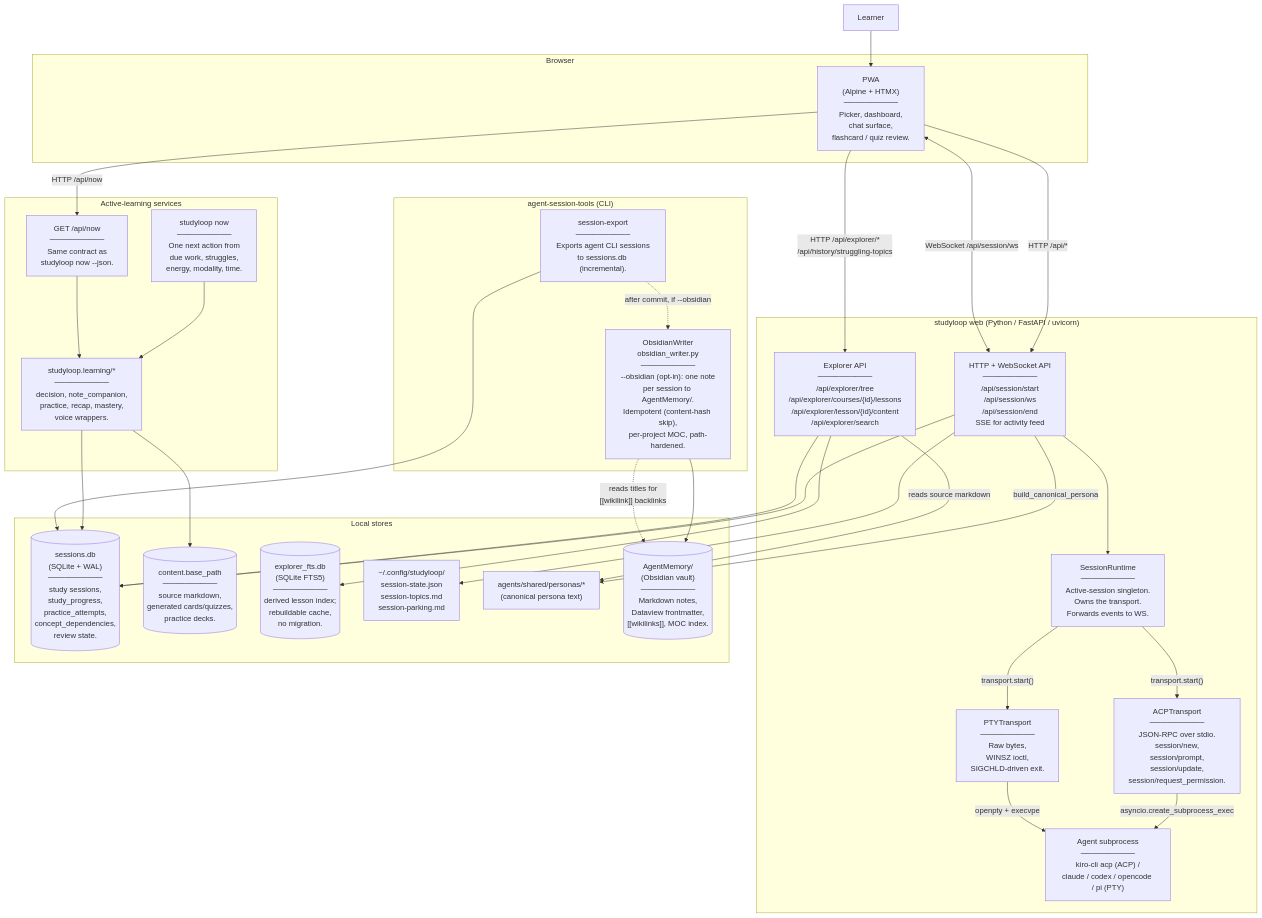
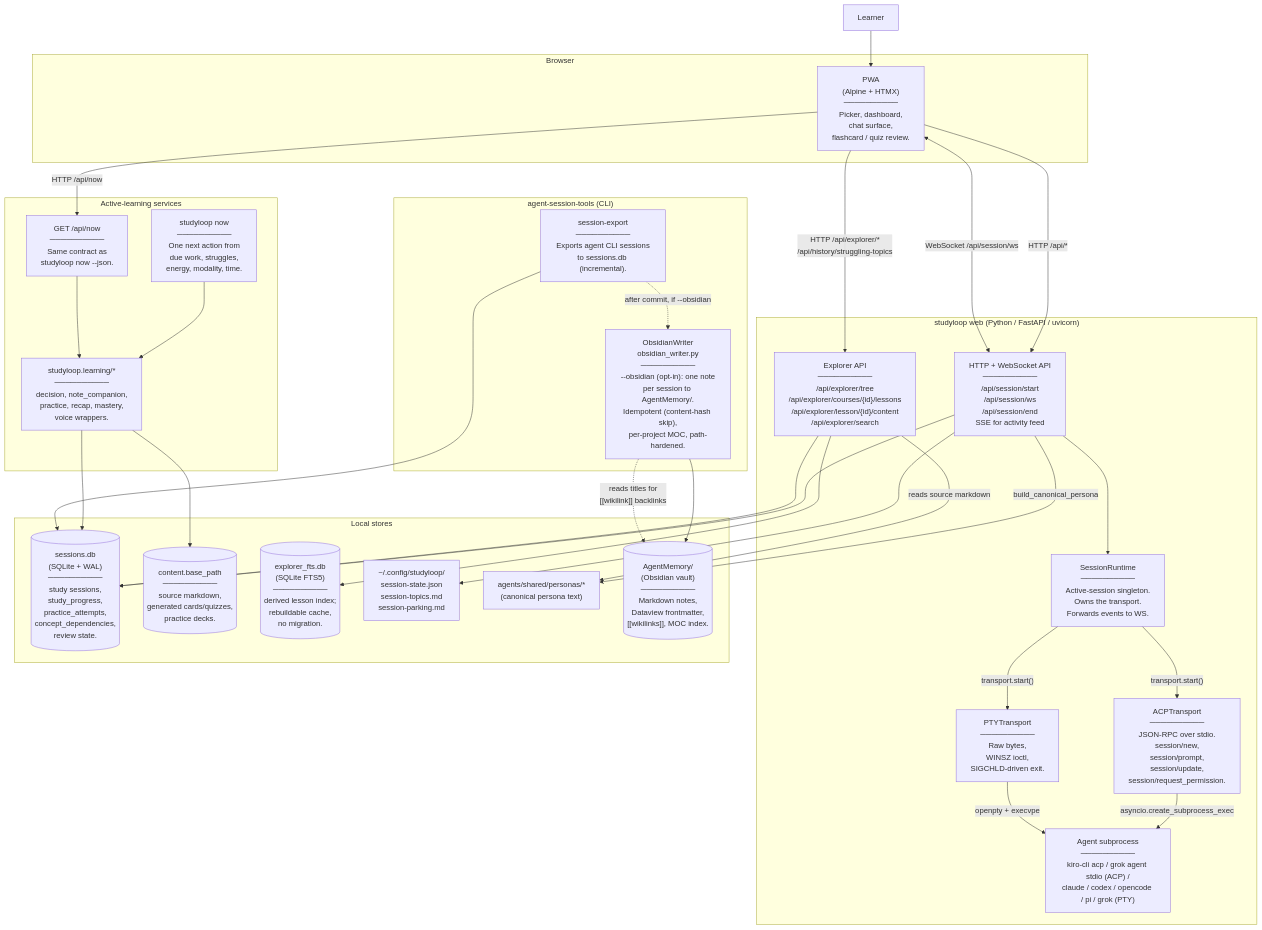
One commit to NetDevAutomate/StudyLoop changed the second of 13 diagrams in docs/architecture/current.md. Above: the diagram before and after it, drawn with Mermaid. The commit also changed other lines of this file and 23 other files, not shown here.

````diff
--- a/docs/architecture/current.md
+++ b/docs/architecture/current.md
@@ -84,62 +86,62 @@
 ```mermaid
 flowchart TB
     Learner["Learner"]
 
     subgraph "Browser"
       PWA["PWA<br/>(Alpine + HTMX)<br/>──────────<br/>Picker, dashboard,<br/>chat surface,<br/>flashcard / quiz review."]
     end
 
     subgraph "studyloop web (Python / FastAPI / uvicorn)"
       API["HTTP + WebSocket API<br/>──────────<br/>/api/session/start<br/>/api/session/ws<br/>/api/session/end<br/>SSE for activity feed"]
       ExplorerAPI["Explorer API<br/>──────────<br/>/api/explorer/tree<br/>/api/explorer/courses/{id}/lessons<br/>/api/explorer/lesson/{id}/content<br/>/api/explorer/search"]
       Runtime["SessionRuntime<br/>──────────<br/>Active-session singleton.<br/>Owns the transport.<br/>Forwards events to WS."]
       ACP["ACPTransport<br/>──────────<br/>JSON-RPC over stdio.<br/>session/new,<br/>session/prompt,<br/>session/update,<br/>session/request_permission."]
       PTY["PTYTransport<br/>──────────<br/>Raw bytes,<br/>WINSZ ioctl,<br/>SIGCHLD-driven exit."]
-      Agent["Agent subprocess<br/>──────────<br/>kiro-cli acp (ACP) /<br/>claude / codex / opencode / pi (PTY)"]
+      Agent["Agent subprocess<br/>──────────<br/>kiro-cli acp / grok agent stdio (ACP) /<br/>claude / codex / opencode / pi / grok (PTY)"]
     end
 
     subgraph "Local stores"
       DB[("sessions.db<br/>(SQLite + WAL)<br/>──────────<br/>study sessions,<br/>study_progress,<br/>practice_attempts,<br/>concept_dependencies,<br/>review state.")]
       ContentBase[("content.base_path<br/>──────────<br/>source markdown,<br/>generated cards/quizzes,<br/>practice decks.")]
       FTS[("explorer_fts.db<br/>(SQLite FTS5)<br/>──────────<br/>derived lesson index;<br/>rebuildable cache,<br/>no migration.")]
       IPC["~/.config/studyloop/<br/>session-state.json<br/>session-topics.md<br/>session-parking.md"]
       Persona["agents/shared/personas/*<br/>(canonical persona text)"]
       AgentMemory[("AgentMemory/<br/>(Obsidian vault)<br/>──────────<br/>Markdown notes,<br/>Dataview frontmatter,<br/>[[wikilinks]], MOC index.")]
     end
 
     subgraph "agent-session-tools (CLI)"
       Export["session-export<br/>──────────<br/>Exports agent CLI sessions<br/>to sessions.db (incremental)."]
       ObsidianWriter["ObsidianWriter<br/>obsidian_writer.py<br/>──────────<br/>--obsidian (opt-in): one note<br/>per session to AgentMemory/.<br/>Idempotent (content-hash skip),<br/>per-project MOC, path-hardened."]
     end
 
     subgraph "Active-learning services"
       NowCLI["studyloop now<br/>──────────<br/>One next action from<br/>due work, struggles,<br/>energy, modality, time."]
       LearningServices["studyloop.learning/*<br/>──────────<br/>decision, note_companion,<br/>practice, recap, mastery,<br/>voice wrappers."]
       NowAPI["GET /api/now<br/>──────────<br/>Same contract as<br/>studyloop now --json."]
     end
 
     Learner --> PWA
     PWA -->|"HTTP /api/*"| API
     PWA -->|"HTTP /api/now"| NowAPI
     PWA <-->|"WebSocket /api/session/ws"| API
     PWA -->|"HTTP /api/explorer/*<br/>/api/history/struggling-topics"| ExplorerAPI
     API --> Runtime
     Runtime -->|"transport.start()"| ACP
     Runtime -->|"transport.start()"| PTY
     ACP -->|"asyncio.create_subprocess_exec"| Agent
     PTY -->|"openpty + execvpe"| Agent
     API --> DB
     API --> IPC
     API -->|"build_canonical_persona"| Persona
     ExplorerAPI -->|"reads source markdown"| Persona
     ExplorerAPI --> FTS
     ExplorerAPI --> DB
     NowCLI --> LearningServices
     NowAPI --> LearningServices
     LearningServices --> DB
     LearningServices --> ContentBase
     Export --> DB
     Export -.->|"after commit, if --obsidian"| ObsidianWriter
     ObsidianWriter --> AgentMemory
     ObsidianWriter -.->|"reads titles for<br/>[[wikilink]] backlinks"| AgentMemory
 ```
````
